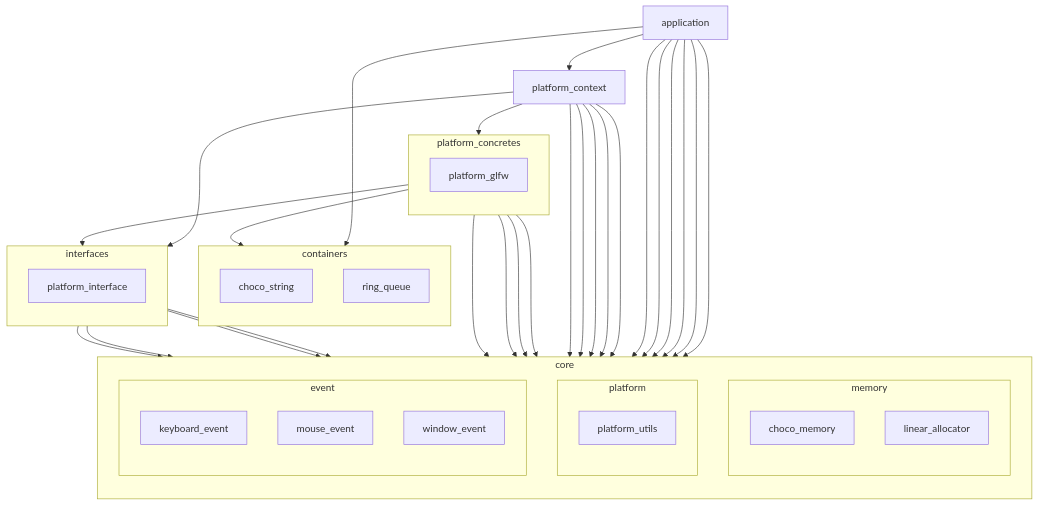
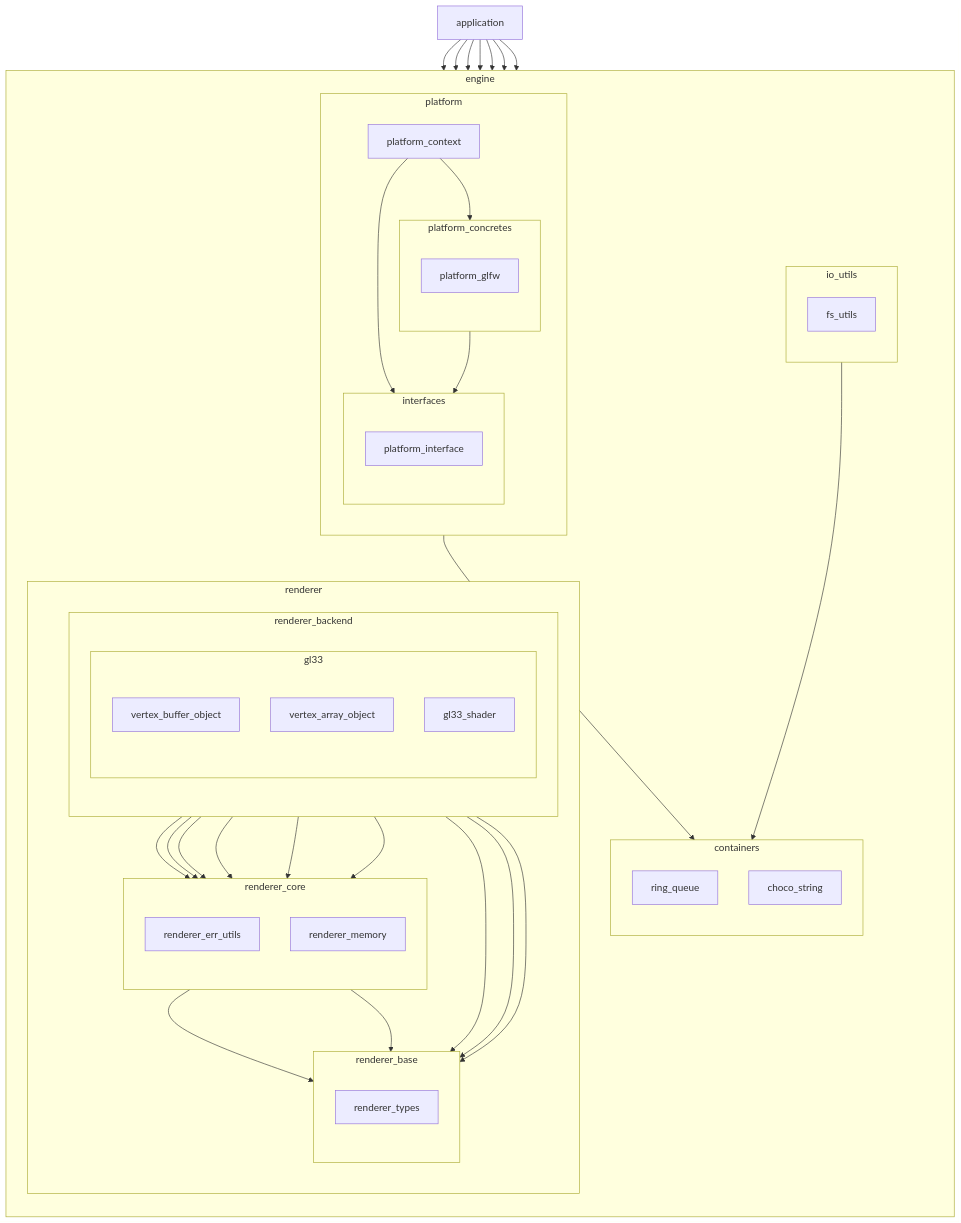
One commit to chocolate-pie24/gl_choco_engine changed the second of 4 diagrams in docs/layer.md. Above: the diagram before and after it, drawn with Mermaid. The commit also changed other lines of this file and 1 other file, not shown here.

````diff
--- a/docs/layer.md
+++ b/docs/layer.md
@@ -75,71 +80,78 @@
 ```mermaid
 graph TD
   APPLICATION[application]
-  PLATFORM_CONTEXT[platform_context]
+  APPLICATION --> RING_QUEUE
+  APPLICATION --> FS_UTILS
+  APPLICATION --> PLATFORM_CONTEXT
+  APPLICATION --> RENDERER_TYPES
+  APPLICATION --> VERTEX_BUFFER_OBJECT
+  APPLICATION --> VERTEX_ARRAY_OBJECT
+  APPLICATION --> GL33_SHADER
 
-  subgraph CONTAINERS[containers]
+  subgraph ENGINE[engine]
     direction TB
-    CHOCO_STRING[choco_string]
-    RING_QUEUE[ring_queue]
-  end
 
-  subgraph CORE[core]
-    direction TB
-    subgraph MEMORY[memory]
+    subgraph CONTAINERS[containers]
       direction TB
-      CHOCO_MEMORY[choco_memory]
-      LINEAR_ALLOCATOR[linear_allocator]
+      CHOCO_STRING[choco_string]
+      RING_QUEUE[ring_queue]
     end
 
+    subgraph IO_UTILS[io_utils]
+      direction TB
+      FS_UTILS[fs_utils]
+    end
+    FS_UTILS --> CHOCO_STRING
+
     subgraph PLATFORM[platform]
+      PLATFORM_CONTEXT[platform_context]
       direction TB
-      PLATFORM_UTILS[platform_utils]
+      subgraph INTERFACES[interfaces]
+        direction TB
+        PLATFORM_INTERFACE[platform_interface]
+      end
+      subgraph PLATFORM_CONCRETES[platform_concretes]
+        direction TB
+        PLATFORM_GLFW[platform_glfw]
+      end
     end
+    PLATFORM_GLFW --> PLATFORM_INTERFACE
+    PLATFORM_GLFW --> CHOCO_STRING
+    PLATFORM_CONTEXT --> PLATFORM_INTERFACE
+    PLATFORM_CONTEXT --> PLATFORM_GLFW
 
-    subgraph EVENT[event]
+    subgraph RENDERER[renderer]
       direction TB
-      KEYBOARD_EVENT[keyboard_event]
-      MOUSE_EVENT[mouse_event]
-      WINDOW_EVENT[window_event]
+      subgraph RENDERER_BACKEND[renderer_backend]
+        direction TB
+        subgraph GL33[gl33]
+          direction TB
+          GL33_SHADER[gl33_shader]
+          VERTEX_ARRAY_OBJECT[vertex_array_object]
+          VERTEX_BUFFER_OBJECT[vertex_buffer_object]
+        end
+      end
+      subgraph RENDERER_BASE[renderer_base]
+        direction TB
+        RENDERER_TYPES[renderer_types]
+      end
+      subgraph RENDERER_CORE[renderer_core]
+        direction TB
+        RENDERER_ERR_UTILS[renderer_err_utils]
+        RENDERER_MEMORY[renderer_memory]
+      end
     end
+    GL33_SHADER --> RENDERER_TYPES
+    GL33_SHADER --> RENDERER_MEMORY
+    GL33_SHADER --> RENDERER_ERR_UTILS
+
+    VERTEX_ARRAY_OBJECT --> RENDERER_TYPES
+    VERTEX_ARRAY_OBJECT --> RENDERER_ERR_UTILS
+    VERTEX_ARRAY_OBJECT --> RENDERER_MEMORY
+    VERTEX_BUFFER_OBJECT --> RENDERER_TYPES
+    VERTEX_BUFFER_OBJECT --> RENDERER_ERR_UTILS
+    VERTEX_BUFFER_OBJECT --> RENDERER_MEMORY
+    RENDERER_ERR_UTILS --> RENDERER_TYPES
+    RENDERER_MEMORY --> RENDERER_TYPES
   end
-
-  subgraph INTERFACES[interfaces]
-    direction TB
-    PLATFORM_INTERFACE[platform_interface]
-  end
-
-  subgraph PLATFORM_CONCRETES[platform_concretes]
-    direction TB
-    PLATFORM_GLFW[platform_glfw]
-  end
-
-  APPLICATION --> CHOCO_MEMORY
-  APPLICATION --> LINEAR_ALLOCATOR
-  APPLICATION --> PLATFORM_UTILS
-  APPLICATION --> KEYBOARD_EVENT
-  APPLICATION --> MOUSE_EVENT
-  APPLICATION --> WINDOW_EVENT
-  APPLICATION --> PLATFORM_CONTEXT
-  APPLICATION --> RING_QUEUE
-
-  PLATFORM_INTERFACE --> PLATFORM_UTILS
-  PLATFORM_INTERFACE --> WINDOW_EVENT
-  PLATFORM_INTERFACE --> MOUSE_EVENT
-  PLATFORM_INTERFACE --> KEYBOARD_EVENT
-
-  PLATFORM_GLFW --> PLATFORM_INTERFACE
-  PLATFORM_GLFW --> PLATFORM_UTILS
-  PLATFORM_GLFW --> WINDOW_EVENT
-  PLATFORM_GLFW --> MOUSE_EVENT
-  PLATFORM_GLFW --> KEYBOARD_EVENT
-  PLATFORM_GLFW --> CHOCO_STRING
-
-  PLATFORM_CONTEXT --> LINEAR_ALLOCATOR
-  PLATFORM_CONTEXT --> PLATFORM_UTILS
-  PLATFORM_CONTEXT --> KEYBOARD_EVENT
-  PLATFORM_CONTEXT --> MOUSE_EVENT
-  PLATFORM_CONTEXT --> WINDOW_EVENT
-  PLATFORM_CONTEXT --> PLATFORM_GLFW
-  PLATFORM_CONTEXT --> PLATFORM_INTERFACE
 ```
````
